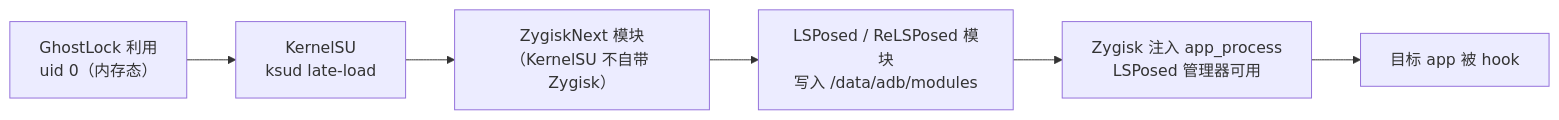
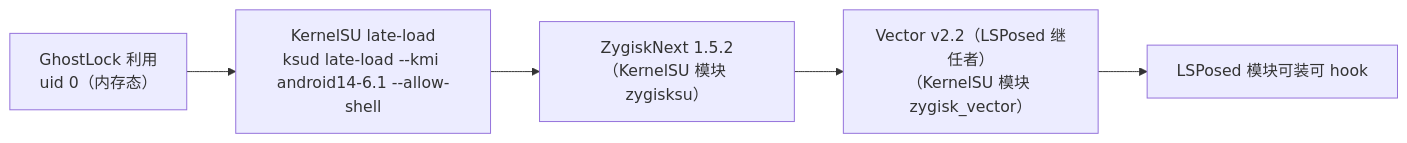
Before and after one commit to adam-ikari/ghostlock-app-standalone: the diagram in brain/pages/temp-root-to-lsposed.md, drawn with Mermaid. The commit also changed other lines of this file and 3 other files, not shown here.

Commit message:
记录真机全链路：临时 root → KernelSU late-load → ZygiskNext → Vector(LSPosed) 框架

````diff
--- a/brain/pages/temp-root-to-lsposed.md
+++ b/brain/pages/temp-root-to-lsposed.md
@@ -14,8 +14,7 @@
 ```mermaid
 graph LR
-    A["GhostLock 利用<br/>uid 0（内存态）"] --> B["KernelSU<br/>ksud late-load"]
-    B --> C["ZygiskNext 模块<br/>（KernelSU 不自带 Zygisk）"]
-    C --> D["LSPosed / ReLSPosed 模块<br/>写入 /data/adb/modules"]
-    D --> E["Zygisk 注入 app_process<br/>LSPosed 管理器可用"]
-    E --> F["目标 app 被 hook"]
+    A["GhostLock 利用<br/>uid 0（内存态）"] --> B["KernelSU late-load<br/>ksud late-load --kmi android14-6.1 --allow-shell"]
+    B --> C["ZygiskNext 1.5.2<br/>（KernelSU 模块 zygisksu）"]
+    C --> D["Vector v2.2（LSPosed 继任者）<br/>（KernelSU 模块 zygisk_vector）"]
+    D --> E["LSPosed 模块可装可 hook"]
 ```
````
